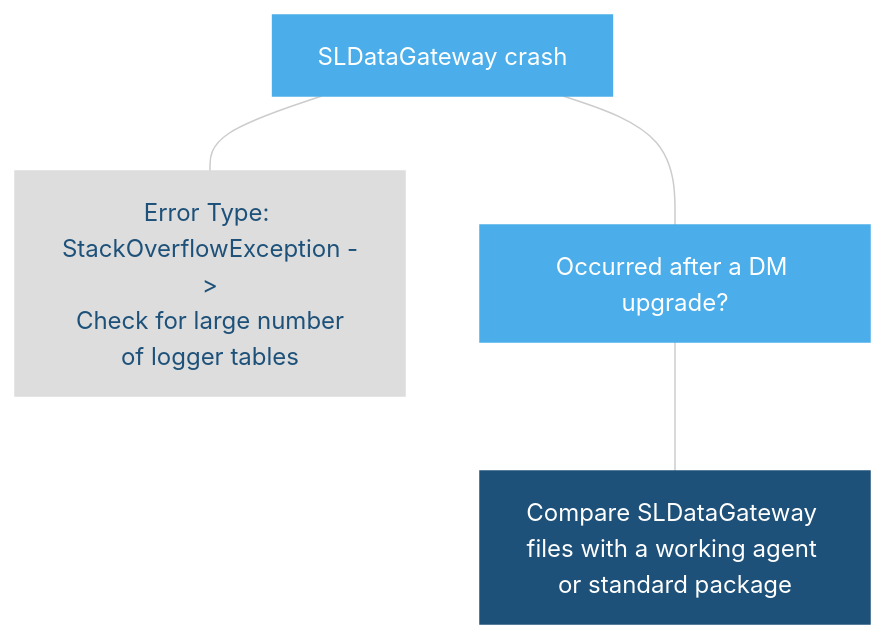
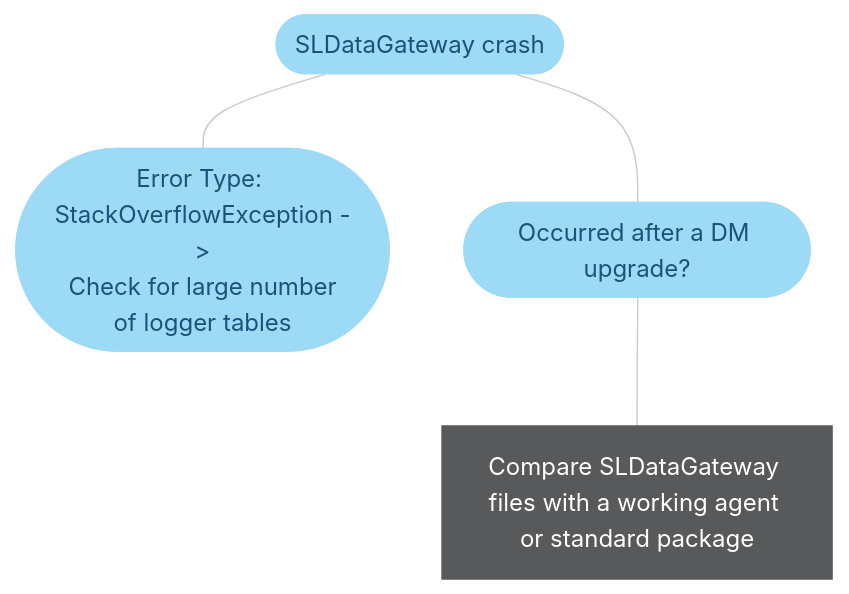
One commit to SkylineCommunications/dataminer-docs changed the fifth of 5 diagrams in user-guide/Troubleshooting/Troubleshooting_Flowcharts/Troubleshooting_Process_Identification/Database_processes/Troubleshooting_SLDataGateway_exe.md. Above: the diagram before and after it, drawn with Mermaid. The commit also changed other lines of this file and 18 other files, not shown here.

```diff
--- a/user-guide/Troubleshooting/Troubleshooting_Flowcharts/Troubleshooting_Process_Identification/Database_processes/Troubleshooting_SLDataGateway_exe.md
+++ b/user-guide/Troubleshooting/Troubleshooting_Flowcharts/Troubleshooting_Process_Identification/Database_processes/Troubleshooting_SLDataGateway_exe.md
@@ -188,35 +188,35 @@
 <div class="mermaid">
 flowchart TD
 %% -------------------------------------------------------------------------
 %% Cassandra flowchart - Nodetool Status
 %% -------------------------------------------------------------------------
 %% -------------------------------------------------------------------------
 %% Define styles
 %% -------------------------------------------------------------------------
 linkStyle default stroke:#cccccc
 classDef classAction fill:#dddddd,stroke:#dddddd,color:#1E5179,stroke-width:1px;
 classDef classActionClickable fill:#999999,stroke:#999999,color:#ffffff,stroke-width:1px;
 classDef classDecision fill:#4baeea,stroke:#4baeea,color:#ffffff,stroke-width:1px;
 classDef classExternalRef fill:#9ddaf5,stroke:#9ddaf5,color:#1E5179,stroke-width:1px;
 classDef classSolution fill:#58595b,stroke:#58595b,color:#ffffff,stroke-width:1px;
 classDef classTerminal fill:#1e5179,stroke:#1e5179,color:#ffffff,stroke-width:1px;
 %% -------------------------------------------------------------------------
 %% flowchart structure
 %% -------------------------------------------------------------------------
-Action_SLDataGatewayCrash[SLDataGateway crash]:::classDecision
-Action_SLDataGatewayCrashOverflow["Error Type: StackOverflowException -><br> Check for large number of logger tables"]:::classAction
-Action_SLDataGatewayCrashAfterUpgrade[Occurred after a DM upgrade?]:::classDecision
-Action_SLDataGatewayCrashAfterUpgrade2[Compare SLDataGateway files with a working agent or standard package]:::classTerminal
+Action_SLDataGatewayCrash([SLDataGateway crash]):::classExternalRef
+Action_SLDataGatewayCrashOverflow(["Error Type: StackOverflowException -><br> Check for large number of logger tables"]):::classExternalRef
+Action_SLDataGatewayCrashAfterUpgrade([Occurred after a DM upgrade?]):::classExternalRef
+Action_SLDataGatewayCrashAfterUpgrade2[Compare SLDataGateway files with a working agent or standard package]:::classSolution
     Action_SLDataGatewayCrash --- Action_SLDataGatewayCrashAfterUpgrade --- Action_SLDataGatewayCrashAfterUpgrade2
     Action_SLDataGatewayCrash --- Action_SLDataGatewayCrashOverflow
 %% -------------------------------------------------------------------------
 %% all blocks terminating at a common End?
 %% -------------------------------------------------------------------------
 %% -------------------------------------------------------------------------
 %% Define hyperlinks %%
 %% -------------------------------------------------------------------------
 click HOME "https://docs.dataminer.services/user-guide/Troubleshooting/Troubleshooting_Flowcharts/Finding_a_Root_Cause.html"
 %% -------------------------------------------------------------------------
 %% Apply styles to blocks
 %% -------------------------------------------------------------------------
 </div>
```
